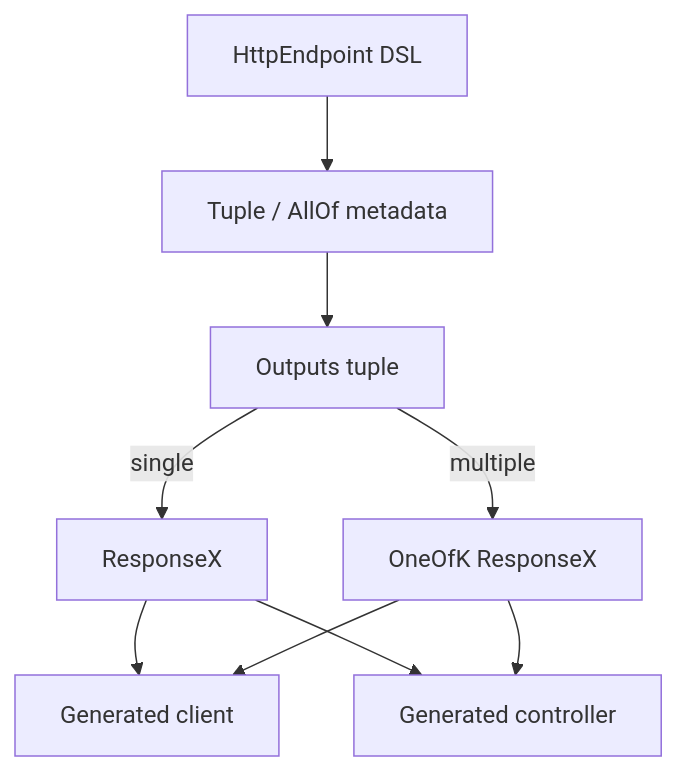
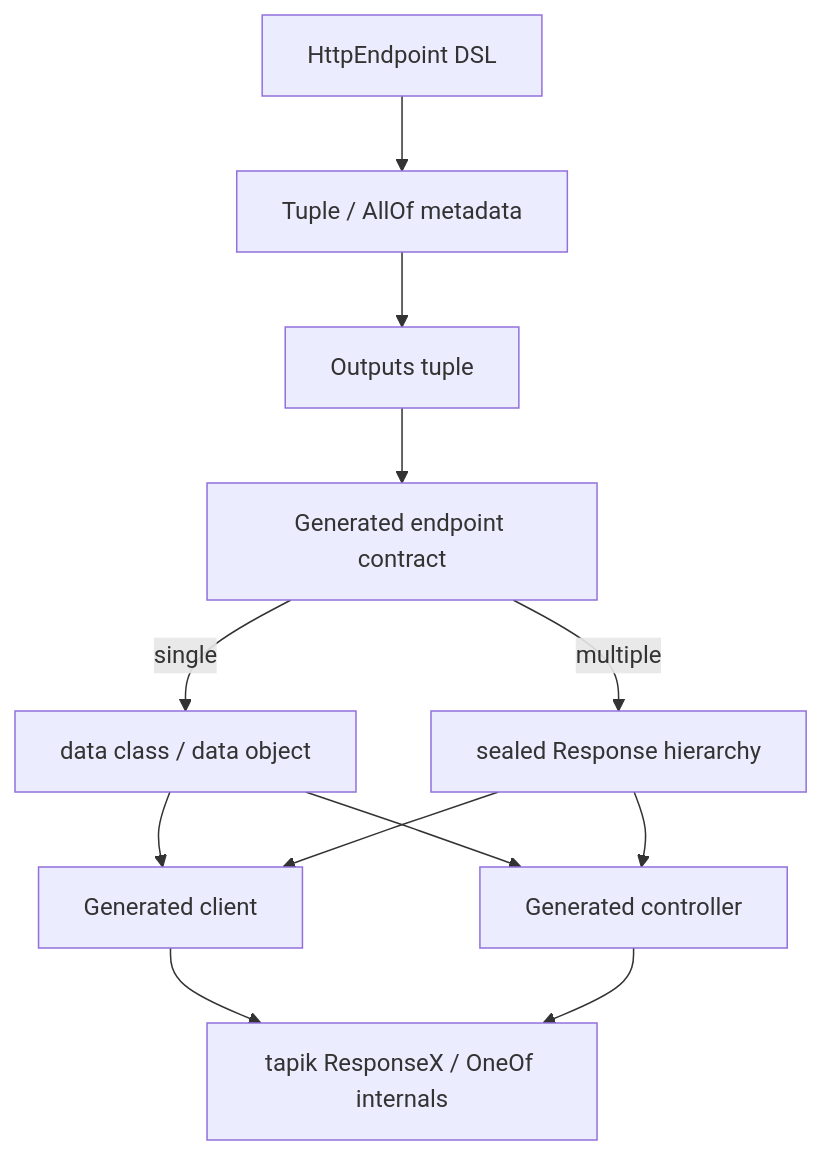
Before and after one commit to makiftutuncu/tapik: the diagram in docs/modules/ROOT/pages/concepts/type-safety.adoc, drawn with Mermaid. The commit also changed other lines of this file and 24 other files, not shown here.

```diff
--- a/docs/modules/ROOT/pages/concepts/type-safety.adoc
+++ b/docs/modules/ROOT/pages/concepts/type-safety.adoc
@@ -85,12 +86,15 @@
 [mermaid]
 ----
 flowchart TD
     DSL["HttpEndpoint DSL"] --> Tuple["Tuple / AllOf metadata"]
     Tuple --> Outputs["Outputs tuple"]
-    Outputs -->|single| Response["ResponseX"]
-    Outputs -->|multiple| Union["OneOfK ResponseX"]
-    Response --> Client["Generated client"]
-    Union --> Client
-    Response --> Server["Generated controller"]
-    Union --> Server
+    Outputs --> Contract["Generated endpoint contract"]
+    Contract -->|single| PublicSingle["data class / data object"]
+    Contract -->|multiple| PublicUnion["sealed Response hierarchy"]
+    PublicSingle --> Client["Generated client"]
+    PublicUnion --> Client
+    PublicSingle --> Server["Generated controller"]
+    PublicUnion --> Server
+    Client --> Runtime["tapik ResponseX / OneOf internals"]
+    Server --> Runtime
 ----
```
